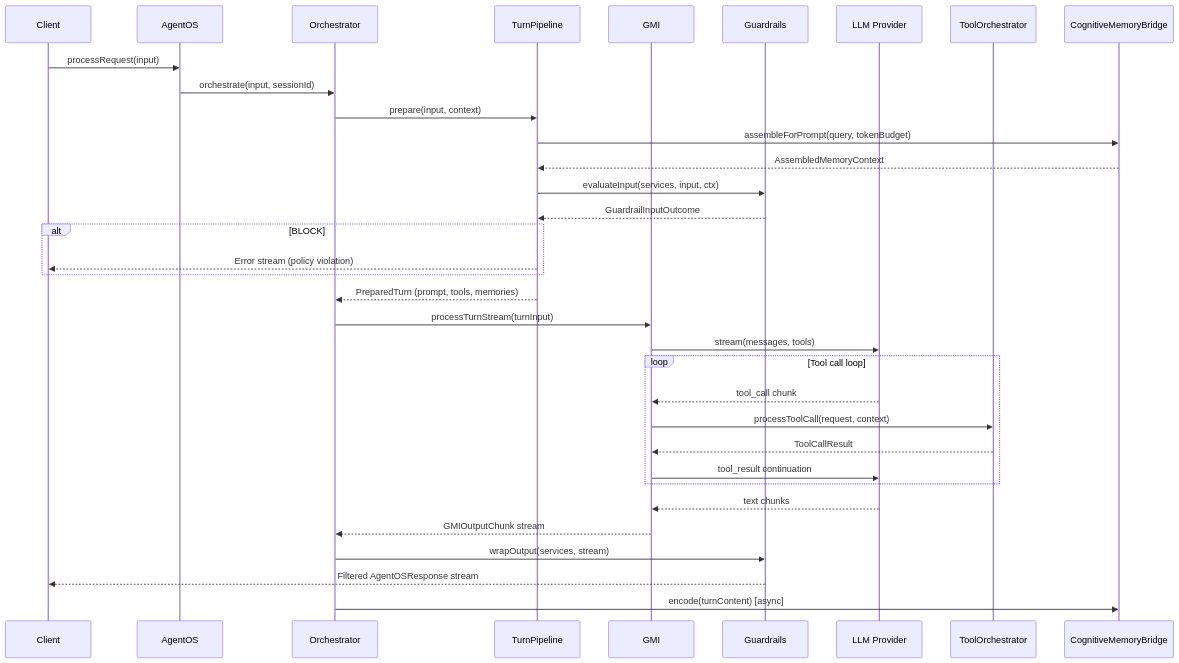
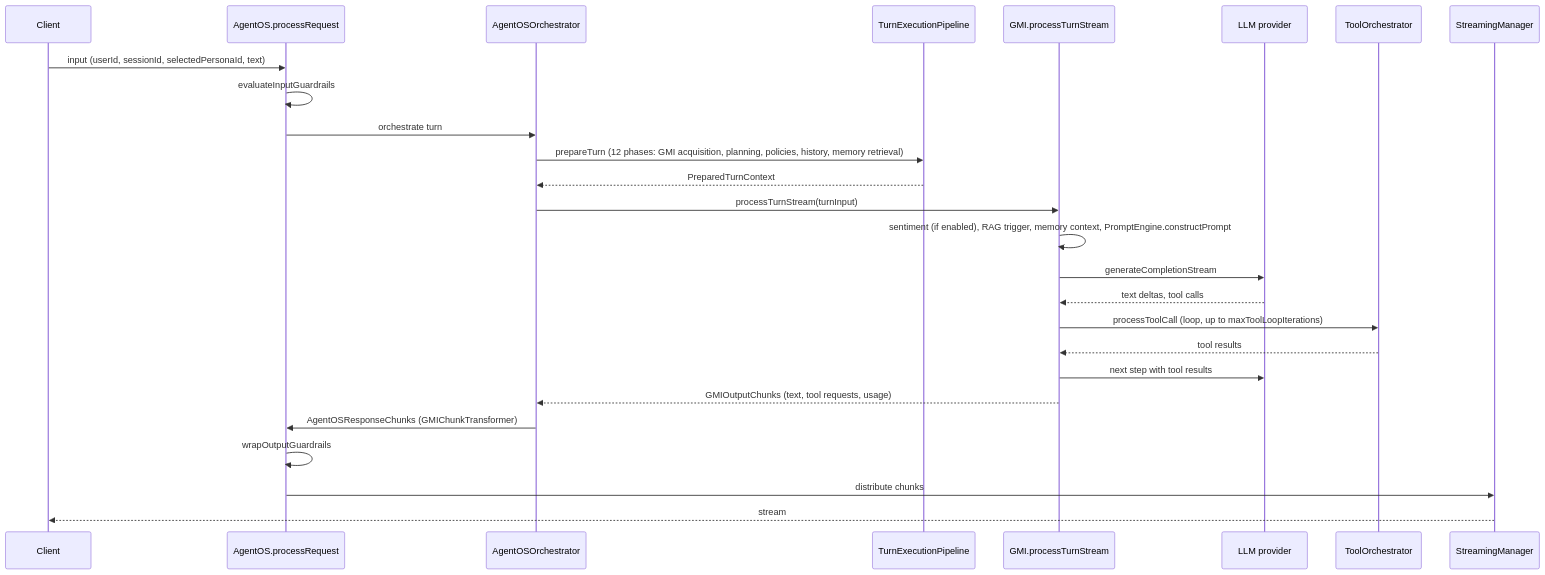
The third of 10 diagrams in docs/architecture/ARCHITECTURE.md (framerslab/agentos), drawn with Mermaid before and after one commit. The commit also changed other lines of this file and 2 other files, not shown here.

Commit message:
docs: request lifecycle as the code runs it; emergent capabilities page matches the engine's switches, tiers and audit log; the self-building essay leaves the published set

````diff
--- a/docs/architecture/ARCHITECTURE.md
+++ b/docs/architecture/ARCHITECTURE.md
@@ -211,37 +203,29 @@
 ```mermaid
 sequenceDiagram
     participant C as Client
-    participant AOS as AgentOS
-    participant Orch as Orchestrator
-    participant TP as TurnPipeline
-    participant GMI as GMI
-    participant GR as Guardrails
-    participant LLM as LLM Provider
-    participant TO as ToolOrchestrator
-    participant Mem as CognitiveMemoryBridge
+    participant F as AgentOS.processRequest
+    participant O as AgentOSOrchestrator
+    participant P as TurnExecutionPipeline
+    participant G as GMI.processTurnStream
+    participant L as LLM provider
+    participant T as ToolOrchestrator
+    participant S as StreamingManager
 
-    C->>AOS: processRequest(input)
-    AOS->>Orch: orchestrate(input, sessionId)
-    Orch->>TP: prepare(input, context)
-    TP->>Mem: assembleForPrompt(query, tokenBudget)
-    Mem-->>TP: AssembledMemoryContext
-    TP->>GR: evaluateInput(services, input, ctx)
-    GR-->>TP: GuardrailInputOutcome
-    alt BLOCK
-        TP-->>C: Error stream (policy violation)
-    end
-    TP-->>Orch: PreparedTurn (prompt, tools, memories)
-    Orch->>GMI: processTurnStream(turnInput)
-    GMI->>LLM: stream(messages, tools)
-    loop Tool call loop
-        LLM-->>GMI: tool_call chunk
-        GMI->>TO: processToolCall(request, context)
-        TO-->>GMI: ToolCallResult
-        GMI->>LLM: tool_result continuation
-    end
-    LLM-->>GMI: text chunks
-    GMI-->>Orch: GMIOutputChunk stream
-    Orch->>GR: wrapOutput(services, stream)
-    GR-->>C: Filtered AgentOSResponse stream
-    Orch->>Mem: encode(turnContent) [async]
+    C->>F: input (userId, sessionId, selectedPersonaId, text)
+    F->>F: evaluateInputGuardrails
+    F->>O: orchestrate turn
+    O->>P: prepareTurn (12 phases: GMI acquisition, planning, policies, history, memory retrieval)
+    P-->>O: PreparedTurnContext
+    O->>G: processTurnStream(turnInput)
+    G->>G: sentiment (if enabled), RAG trigger, memory context, PromptEngine.constructPrompt
+    G->>L: generateCompletionStream
+    L-->>G: text deltas, tool calls
+    G->>T: processToolCall (loop, up to maxToolLoopIterations)
+    T-->>G: tool results
+    G->>L: next step with tool results
+    G-->>O: GMIOutputChunks (text, tool requests, usage)
+    O->>F: AgentOSResponseChunks (GMIChunkTransformer)
+    F->>F: wrapOutputGuardrails
+    F->>S: distribute chunks
+    S-->>C: stream
 ```
````
